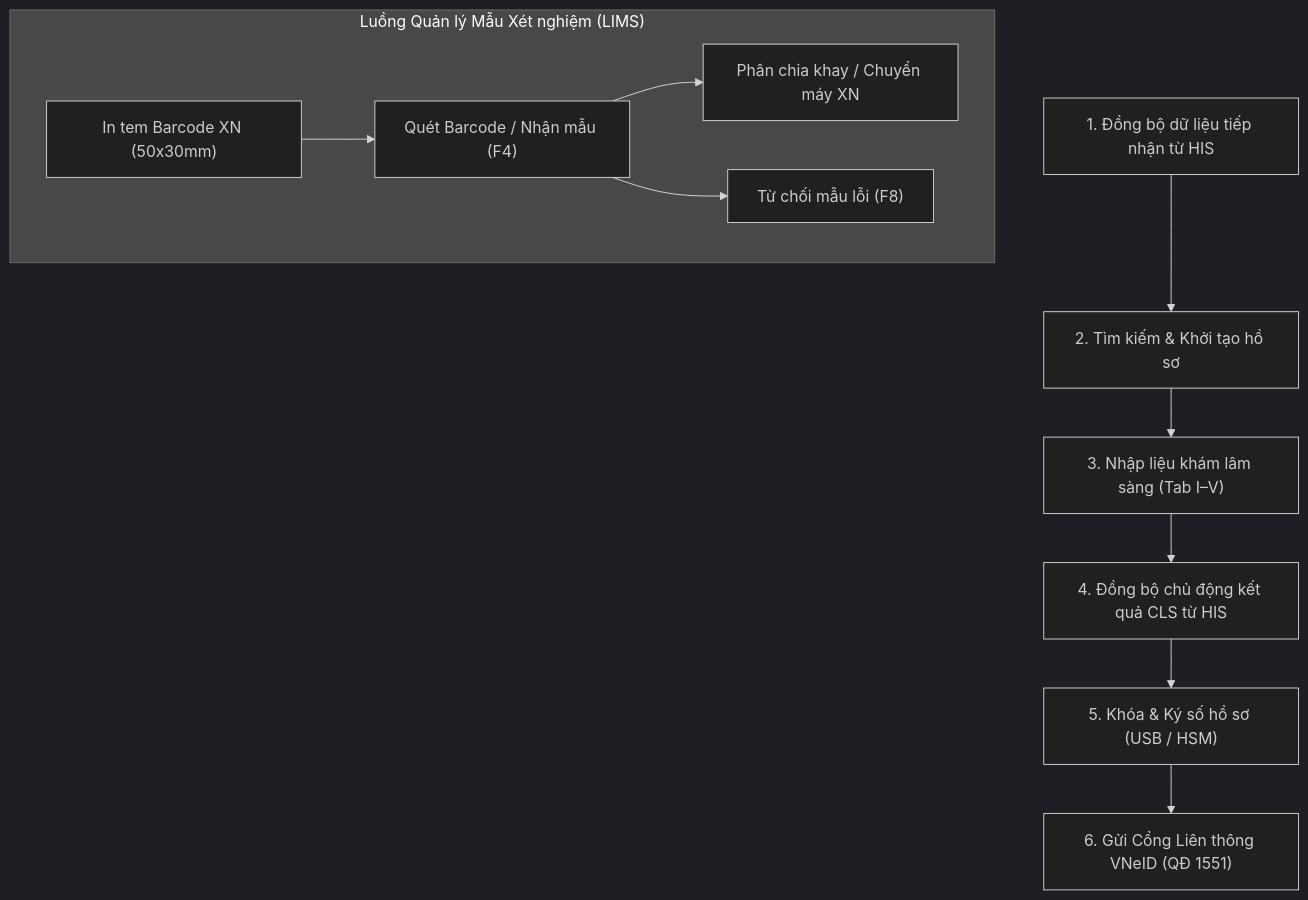
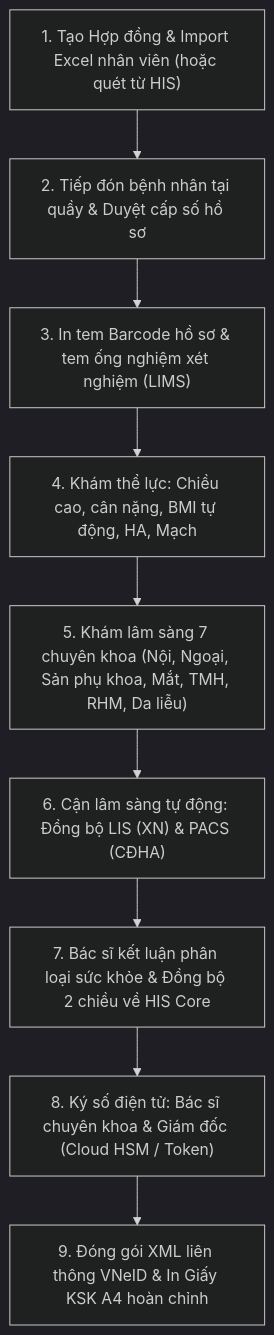
Before and after one commit to thanhvimes/VIMES_HIS: the diagram in modules/health-check-sync/docs/Hướng dẫn sử dụng Module Khám sức khỏe.md, drawn with Mermaid (dark theme). The commit also changed other lines of this file and 63 other files, not shown here.

````diff
--- a/modules/health-check-sync/docs/Hướng dẫn sử dụng Module Khám sức khỏe.md
+++ b/modules/health-check-sync/docs/Hướng dẫn sử dụng Module Khám sức khỏe.md
@@ -10,14 +26,11 @@
 ```mermaid
 graph TD
-    A["1. Đồng bộ dữ liệu tiếp nhận từ HIS"] --> B["2. Tìm kiếm & Khởi tạo hồ sơ"]
-    B --> C["3. Nhập liệu khám lâm sàng (Tab I–V)"]
-    C --> D["4. Đồng bộ chủ động kết quả CLS từ HIS"]
-    D --> E["5. Khóa & Ký số hồ sơ (USB / HSM)"]
-    E --> F["6. Gửi Cổng Liên thông VNeID (QĐ 1551)"]
-    
-    subgraph "Luồng Quản lý Mẫu Xét nghiệm (LIMS)"
-        G["In tem Barcode XN (50x30mm)"] --> H["Quét Barcode / Nhận mẫu (F4)"]
-        H --> I["Phân chia khay / Chuyển máy XN"]
-        H --> J["Từ chối mẫu lỗi (F8)"]
-    end
+    A["1. Tạo Hợp đồng & Import Excel nhân viên (hoặc quét từ HIS)"] --> B["2. Tiếp đón bệnh nhân tại quầy & Duyệt cấp số hồ sơ"]
+    B --> C["3. In tem Barcode hồ sơ & tem ống nghiệm xét nghiệm (LIMS)"]
+    C --> D["4. Khám thể lực: Chiều cao, cân nặng, BMI tự động, HA, Mạch"]
+    D --> E["5. Khám lâm sàng 7 chuyên khoa (Nội, Ngoại, Sản phụ khoa, Mắt, TMH, RHM, Da liễu)"]
+    E --> F["6. Cận lâm sàng tự động: Đồng bộ LIS (XN) & PACS (CĐHA)"]
+    F --> G["7. Bác sĩ kết luận phân loại sức khỏe & Đồng bộ 2 chiều về HIS Core"]
+    G --> H["8. Ký số điện tử: Bác sĩ chuyên khoa & Giám đốc (Cloud HSM / Token)"]
+    H --> I["9. Đóng gói XML liên thông VNeID & In Giấy KSK A4 hoàn chỉnh"]
 ```
````
